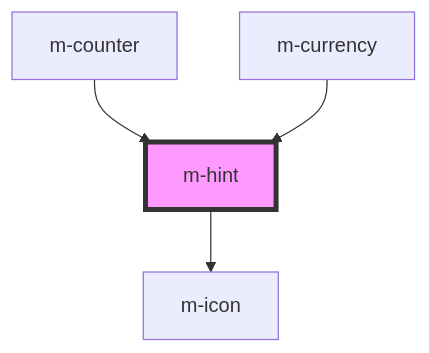
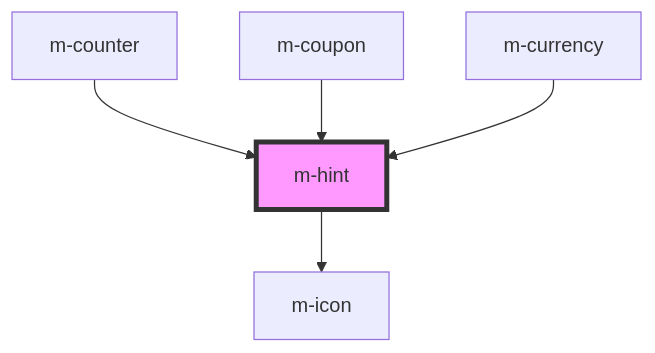
Before and after one commit to dynamic-framework/dynamic-ui: the diagram in libraries/modyo-design-system/src/components/m-hint/readme.md, drawn with Mermaid. The commit also changed other lines of this file and 35 other files, not shown here.

````diff
--- a/libraries/modyo-design-system/src/components/m-hint/readme.md
+++ b/libraries/modyo-design-system/src/components/m-hint/readme.md
@@ -31,7 +36,8 @@
 ```mermaid
 graph TD;
   m-hint --> m-icon
   m-counter --> m-hint
+  m-coupon --> m-hint
   m-currency --> m-hint
   style m-hint fill:#f9f,stroke:#333,stroke-width:4px
 ```
````
